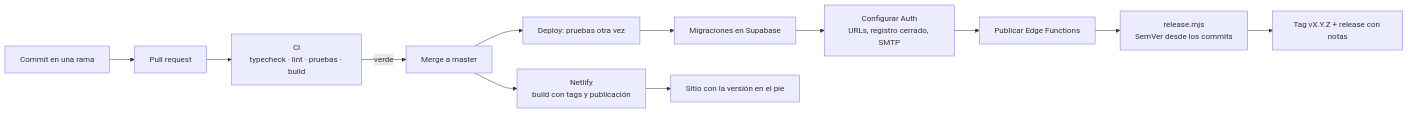
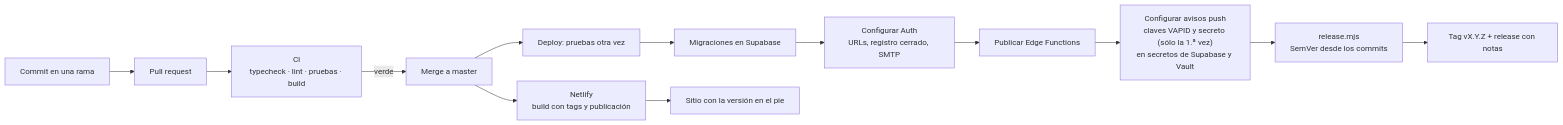
One commit to Juan-Carlos-Estevez-Vargas/Camila-Sanchez changed diagram 18 of 20 in docs/DIAGRAMAS.md. Above: the diagram before and after it, drawn with Mermaid. The commit also changed other lines of this file, not shown here.

Commit message:
docs(diagramas): avisos en el celular, colores por persona y despliegue de push

````diff
--- a/docs/DIAGRAMAS.md
+++ b/docs/DIAGRAMAS.md
@@ -322,14 +407,15 @@
 ```mermaid
 flowchart LR
   DEV["Commit en una rama"] --> PR["Pull request"]
   PR --> CI["CI<br/>typecheck · lint · pruebas · build"]
   CI -- "verde" --> M["Merge a master"]
   M --> D1["Deploy: pruebas otra vez"]
   D1 --> D2["Migraciones en Supabase"]
   D2 --> D3["Configurar Auth<br/>URLs, registro cerrado, SMTP"]
   D3 --> D4["Publicar Edge Functions"]
-  D4 --> REL["release.mjs<br/>SemVer desde los commits"]
+  D4 --> D5["Configurar avisos push<br/>claves VAPID y secreto (sólo la 1.ª vez)<br/>en secretos de Supabase y Vault"]
+  D5 --> REL["release.mjs<br/>SemVer desde los commits"]
   REL --> TAG["Tag vX.Y.Z + release con notas"]
   M --> NET["Netlify<br/>build con tags y publicación"]
   NET --> WEB["Sitio con la versión en el pie"]
 ```
````
